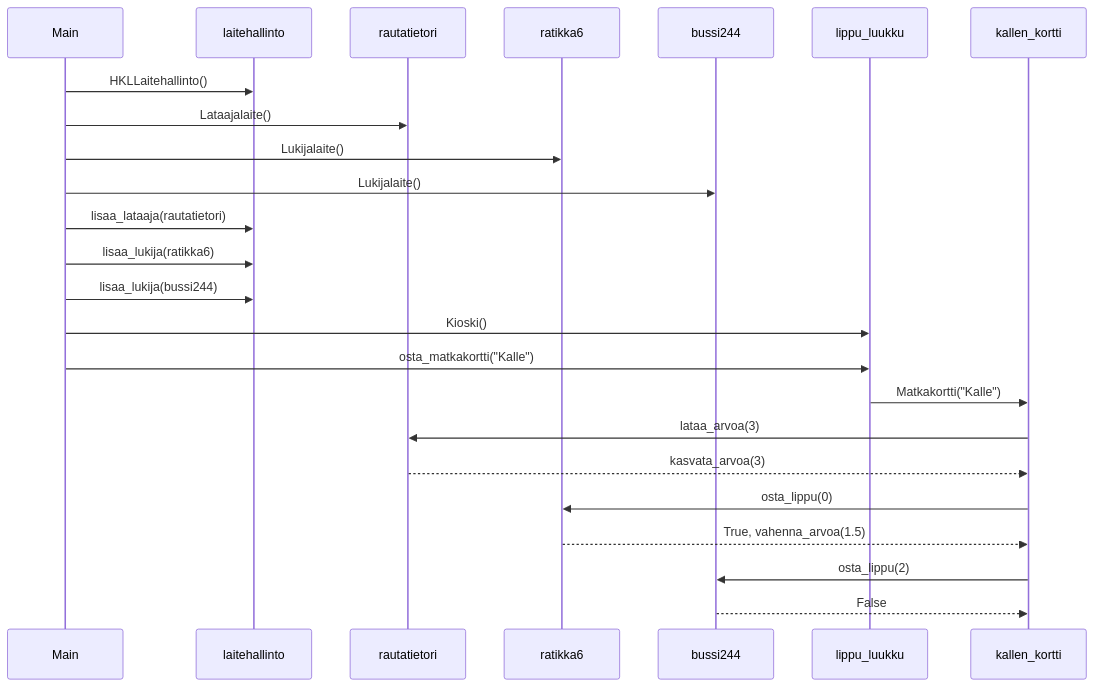
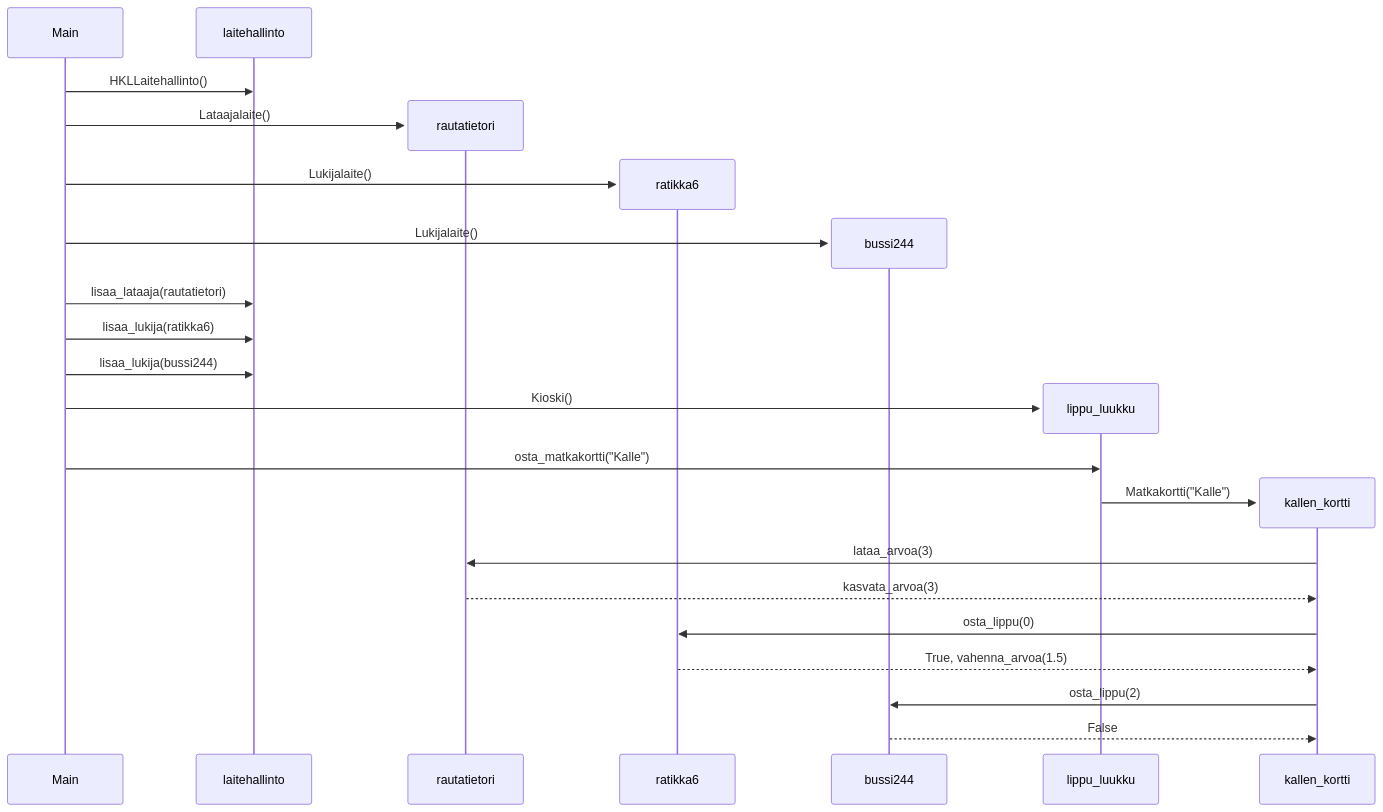
Before and after one commit to MatiasS717/Sportstracker: the diagram in laskarit/viikko3/HSL-sekvenssikaavio.md, drawn with Mermaid.

Commit message:
Updates on HSL

````diff
--- a/laskarit/viikko3/HSL-sekvenssikaavio.md
+++ b/laskarit/viikko3/HSL-sekvenssikaavio.md
@@ -3,26 +3,26 @@
 ```mermaid
 sequenceDiagram
   participant Main
   participant laitehallinto
   Main->>laitehallinto: HKLLaitehallinto()
-  participant rautatietori
+  create participant rautatietori
   Main->>rautatietori: Lataajalaite()
-  participant ratikka6
+  create participant ratikka6
   Main->>ratikka6: Lukijalaite()
-  participant bussi244
+  create participant bussi244
   Main->>bussi244: Lukijalaite()
   Main->>laitehallinto: lisaa_lataaja(rautatietori)
   Main->>laitehallinto: lisaa_lukija(ratikka6)
   Main->>laitehallinto: lisaa_lukija(bussi244)
-  participant lippu_luukku
+  create participant lippu_luukku
   Main->>lippu_luukku: Kioski()
   Main->>lippu_luukku: osta_matkakortti("Kalle")
-  participant kallen_kortti
+  create participant kallen_kortti
   lippu_luukku->>kallen_kortti: Matkakortti("Kalle")
   kallen_kortti->>rautatietori: lataa_arvoa(3)
   rautatietori-->>kallen_kortti: kasvata_arvoa(3)
   kallen_kortti->>ratikka6: osta_lippu(0)
   ratikka6-->>kallen_kortti: True, vahenna_arvoa(1.5)
   kallen_kortti->>bussi244: osta_lippu(2)
   bussi244-->>kallen_kortti: False
 ```
````
